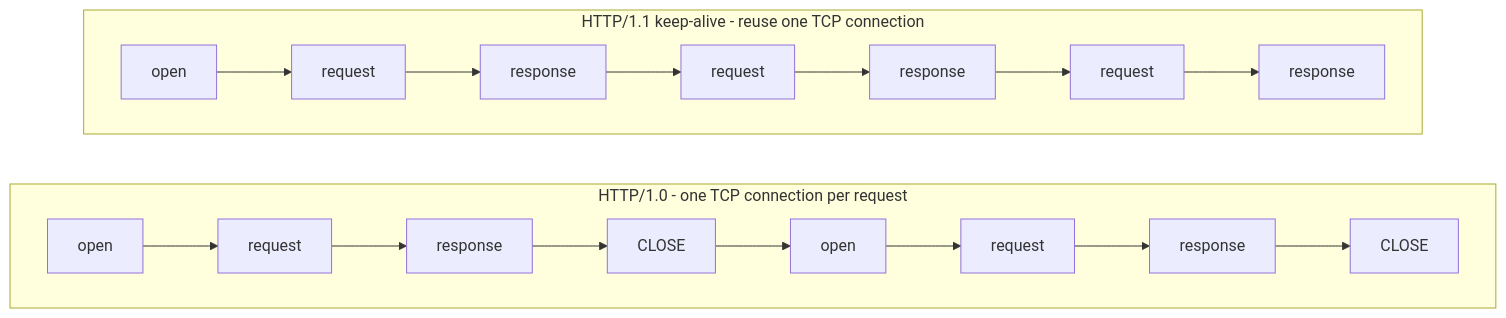
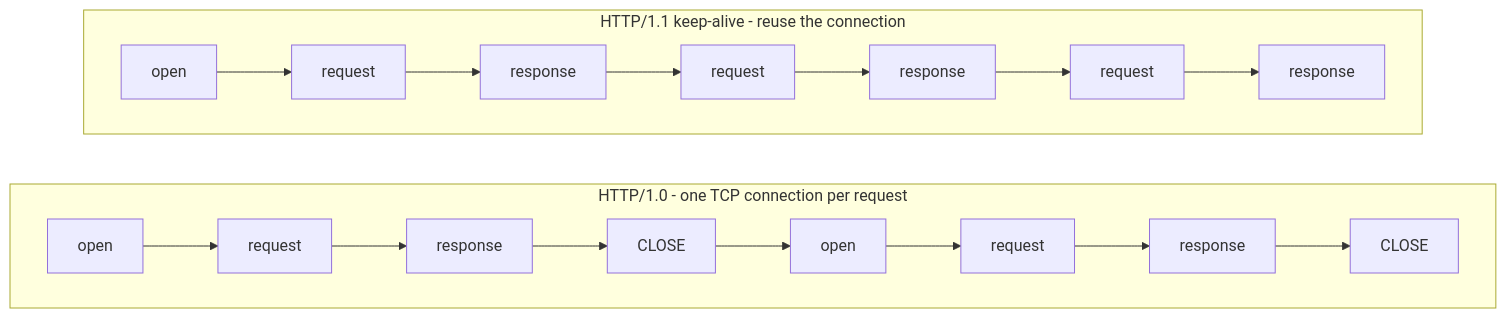
The second of 2 diagrams in concepts/01_http_fundamentals.md (fnusatvik07/real-time-events), drawn with Mermaid before and after one commit. The commit also changed other lines of this file and 7 other files, not shown here.

````diff
--- a/concepts/01_http_fundamentals.md
+++ b/concepts/01_http_fundamentals.md
@@ -88,11 +174,11 @@
 ```mermaid
 flowchart LR
     subgraph H10["HTTP/1.0 - one TCP connection per request"]
         direction LR
         A1[open] --> B1[request] --> C1[response] --> D1[CLOSE] --> A2[open] --> B2[request] --> C2[response] --> D2[CLOSE]
     end
-    subgraph H11["HTTP/1.1 keep-alive - reuse one TCP connection"]
+    subgraph H11["HTTP/1.1 keep-alive - reuse the connection"]
         direction LR
         A3[open] --> B3[request] --> C3[response] --> B4[request] --> C4[response] --> B5[request] --> C5[response]
     end
 ```
````
